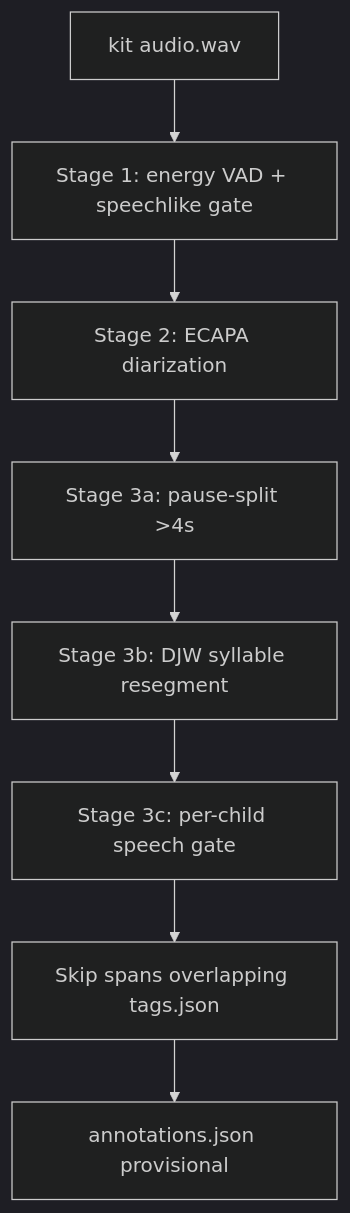
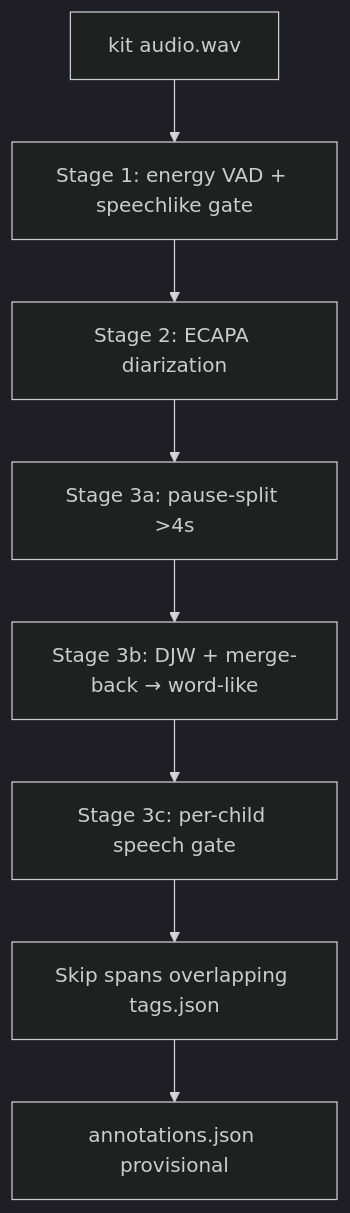
Before and after one commit to vjain89/babytalkApp: the third of 3 diagrams in docs/ARCHITECTURE.md, drawn with Mermaid (dark theme). The commit also changed other lines of this file and 20 other files, not shown here.

First line of the commit message:
Ship short-gated merge-back defaults and review tooling for word-like candidates.

````diff
--- a/docs/ARCHITECTURE.md
+++ b/docs/ARCHITECTURE.md
@@ -130,13 +130,13 @@
 ```mermaid
 flowchart TD
   audio[kit audio.wav]
   vad[Stage 1: energy VAD + speechlike gate]
   diar[Stage 2: ECAPA diarization]
   pause[Stage 3a: pause-split >4s]
-  djw[Stage 3b: DJW syllable resegment]
+  djw[Stage 3b: DJW + merge-back → word-like]
   gate[Stage 3c: per-child speech gate]
   skip[Skip spans overlapping tags.json]
   out[annotations.json provisional]
 
   audio --> vad --> diar --> pause --> djw --> gate --> skip --> out
 ```
````
